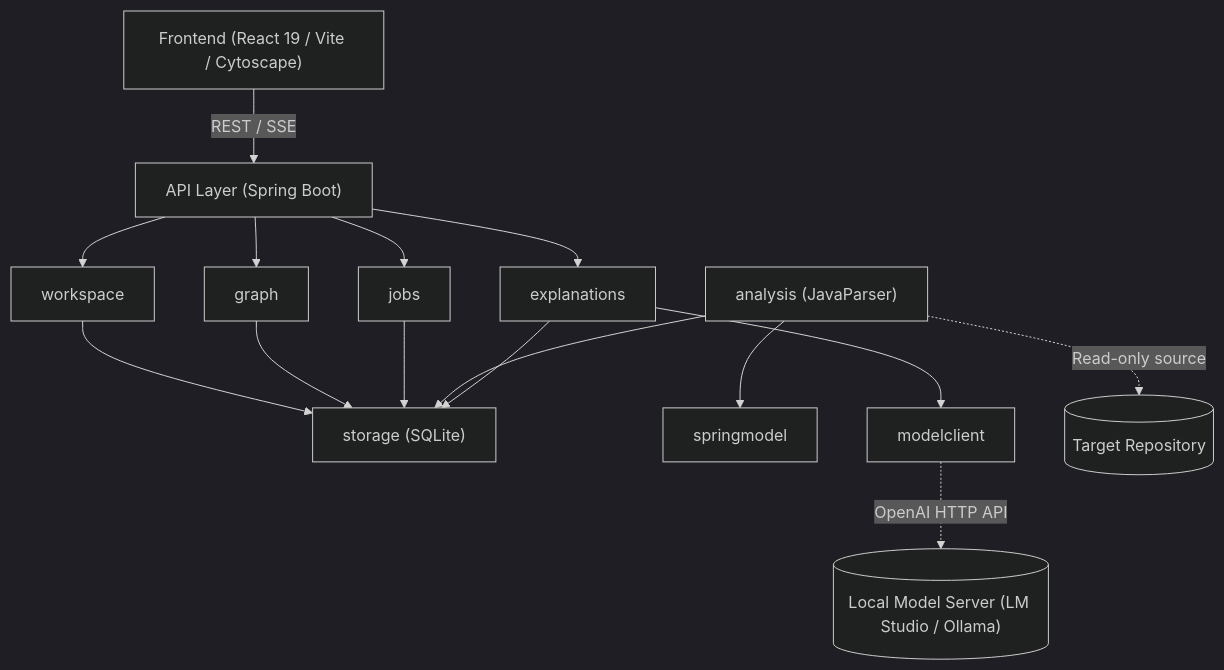
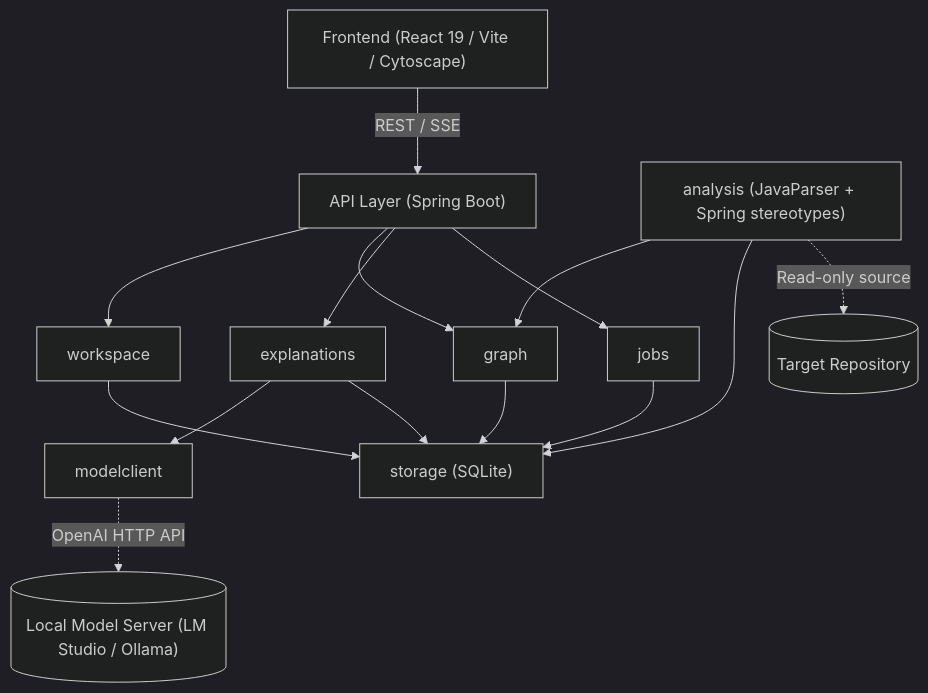
Before and after one commit to sajjadvalaei110/prompt-proof: the first of 2 diagrams in docs/ARCHITECTURE.md, drawn with Mermaid (dark theme). The commit also changed other lines of this file and 13 other files, not shown here.

````diff
--- a/docs/ARCHITECTURE.md
+++ b/docs/ARCHITECTURE.md
@@ -11,21 +11,21 @@
 ```mermaid
 graph TD
     UI["Frontend (React 19 / Vite / Cytoscape)"] -->|REST / SSE| API["API Layer (Spring Boot)"]
     API --> WS["workspace"]
     API --> GR["graph"]
     API --> EX["explanations"]
     API --> JB["jobs"]
     
     WS --> ST["storage (SQLite)"]
     GR --> ST
     JB --> ST
     
-    AN["analysis (JavaParser)"] --> SM["springmodel"]
+    AN["analysis (JavaParser + Spring stereotypes)"] --> GR
     AN --> ST
     
     EX --> MC["modelclient"]
     EX --> ST
     
     AN -.->|Read-only source| REPO[("Target Repository")]
     MC -.->|OpenAI HTTP API| LLM[("Local Model Server (LM Studio / Ollama)")]
 ```
````
